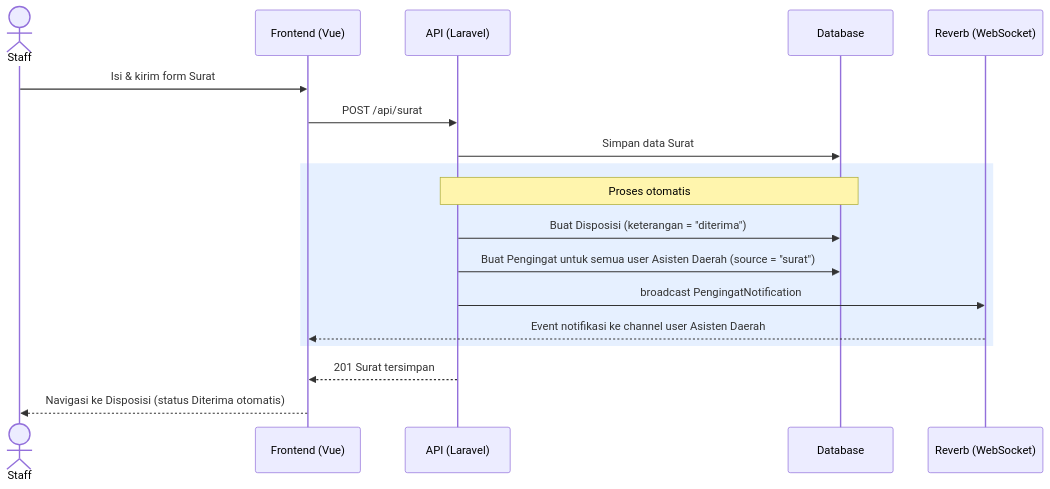
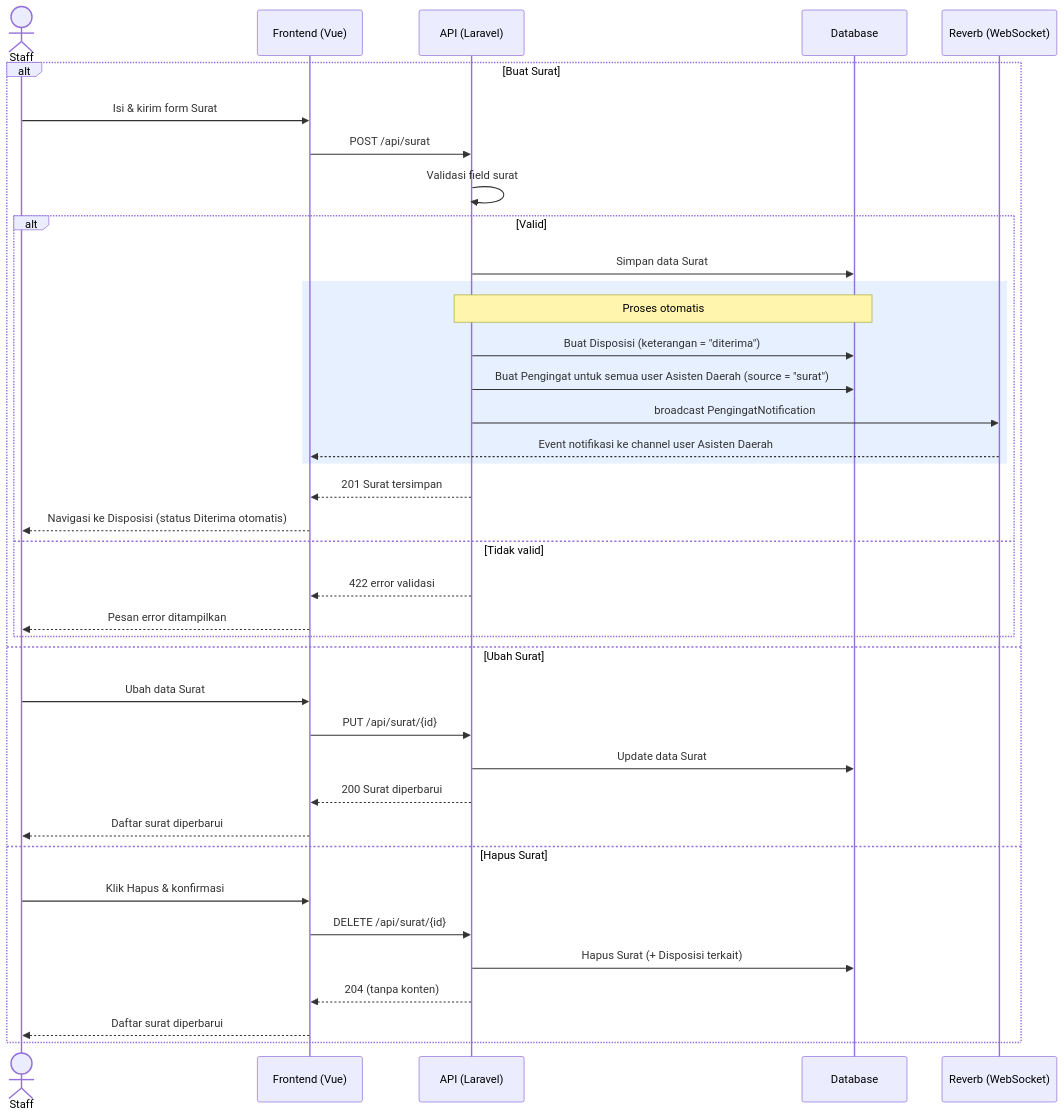
Before and after one commit to cisnatinnov/SI_Pengelolaan_Data_Agenda: the fifth of 28 diagrams in laravel-vue-mvc/docs/UML_Documentation.md, drawn with Mermaid. The commit also changed other lines of this file and 44 other files, not shown here.

First line of the commit message:
Add and update diagrams for various features; remove outdated diagrams

````diff
--- a/laravel-vue-mvc/docs/UML_Documentation.md
+++ b/laravel-vue-mvc/docs/UML_Documentation.md
@@ -233,23 +252,41 @@
 ```mermaid
 sequenceDiagram
     actor Staff
     participant UI as Frontend (Vue)
     participant API as API (Laravel)
     participant DB as Database
     participant WS as Reverb (WebSocket)
 
-    Staff->>UI: Isi & kirim form Surat
-    UI->>API: POST /api/surat
-    API->>DB: Simpan data Surat
-
-    rect rgb(230, 240, 255)
-        Note over API,DB: Proses otomatis
-        API->>DB: Buat Disposisi (keterangan = "diterima")
-        API->>DB: Buat Pengingat untuk semua user Asisten Daerah (source = "surat")
-        API->>WS: broadcast PengingatNotification
-        WS-->>UI: Event notifikasi ke channel user Asisten Daerah
+    alt Buat Surat
+        Staff->>UI: Isi & kirim form Surat
+        UI->>API: POST /api/surat
+        API->>API: Validasi field surat
+        alt Valid
+            API->>DB: Simpan data Surat
+            rect rgb(230, 240, 255)
+                Note over API,DB: Proses otomatis
+                API->>DB: Buat Disposisi (keterangan = "diterima")
+                API->>DB: Buat Pengingat untuk semua user Asisten Daerah (source = "surat")
+                API->>WS: broadcast PengingatNotification
+                WS-->>UI: Event notifikasi ke channel user Asisten Daerah
+            end
+            API-->>UI: 201 Surat tersimpan
+            UI-->>Staff: Navigasi ke Disposisi (status Diterima otomatis)
+        else Tidak valid
+            API-->>UI: 422 error validasi
+            UI-->>Staff: Pesan error ditampilkan
+        end
+    else Ubah Surat
+        Staff->>UI: Ubah data Surat
+        UI->>API: PUT /api/surat/{id}
+        API->>DB: Update data Surat
+        API-->>UI: 200 Surat diperbarui
+        UI-->>Staff: Daftar surat diperbarui
+    else Hapus Surat
+        Staff->>UI: Klik Hapus & konfirmasi
+        UI->>API: DELETE /api/surat/{id}
+        API->>DB: Hapus Surat (+ Disposisi terkait)
+        API-->>UI: 204 (tanpa konten)
+        UI-->>Staff: Daftar surat diperbarui
     end
-
-    API-->>UI: 201 Surat tersimpan
-    UI-->>Staff: Navigasi ke Disposisi (status Diterima otomatis)
 ```
````
